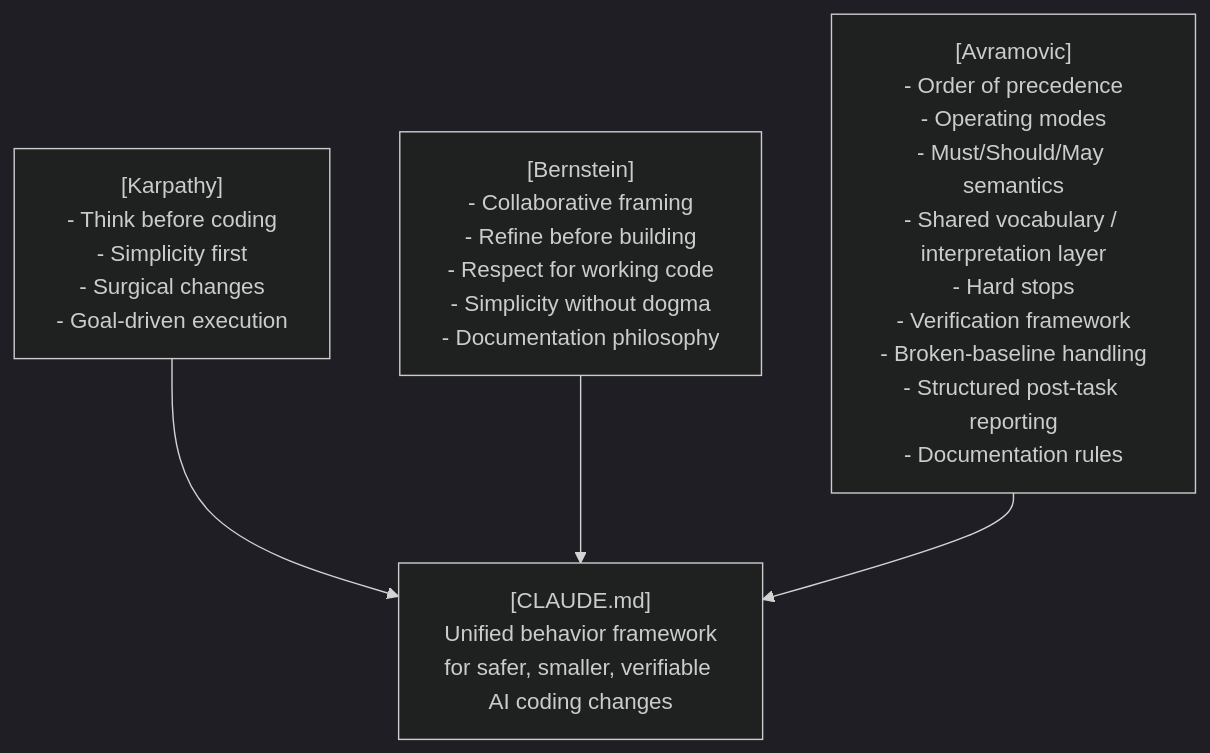
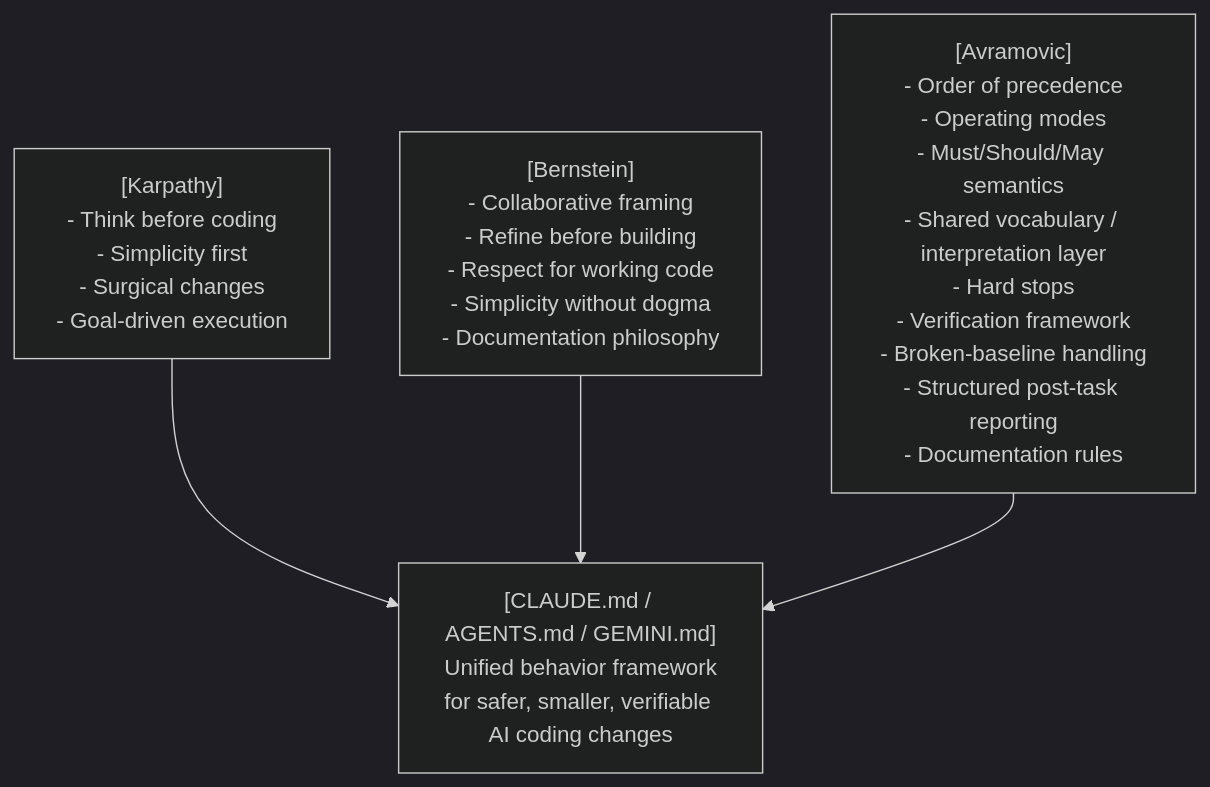
One commit to zeljkoavramovic/behave changed the diagram in README.md. Above: the diagram before and after it, drawn with Mermaid (dark theme). The commit also changed other lines of this file, not shown here.

````diff
--- a/README.md
+++ b/README.md
@@ -116,34 +120,34 @@
 ```mermaid
 flowchart TB
     K["[Karpathy]
 - Think before coding
 - Simplicity first
 - Surgical changes
 - Goal-driven execution"]
 
     B["[Bernstein]
 - Collaborative framing
 - Refine before building
 - Respect for working code
 - Simplicity without dogma
 - Documentation philosophy"]
 
     A["[Avramovic]
 - Order of precedence
 - Operating modes
 - Must/Should/May semantics
 - Shared vocabulary / interpretation layer
 - Hard stops
 - Verification framework
 - Broken-baseline handling
 - Structured post-task reporting
 - Documentation rules"]
 
-    C["[CLAUDE.md]
+    C["[CLAUDE.md / AGENTS.md / GEMINI.md]
 Unified behavior framework
 for safer, smaller, verifiable AI coding changes"]
 
     K --> C
     B --> C
     A --> C
 ```
````
